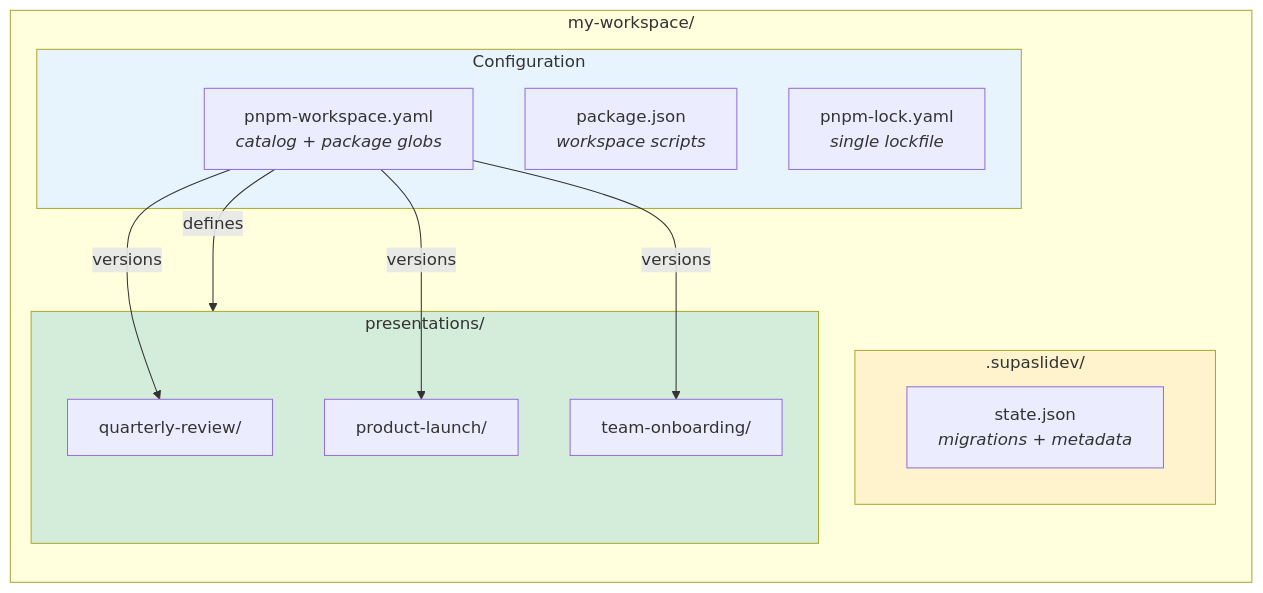
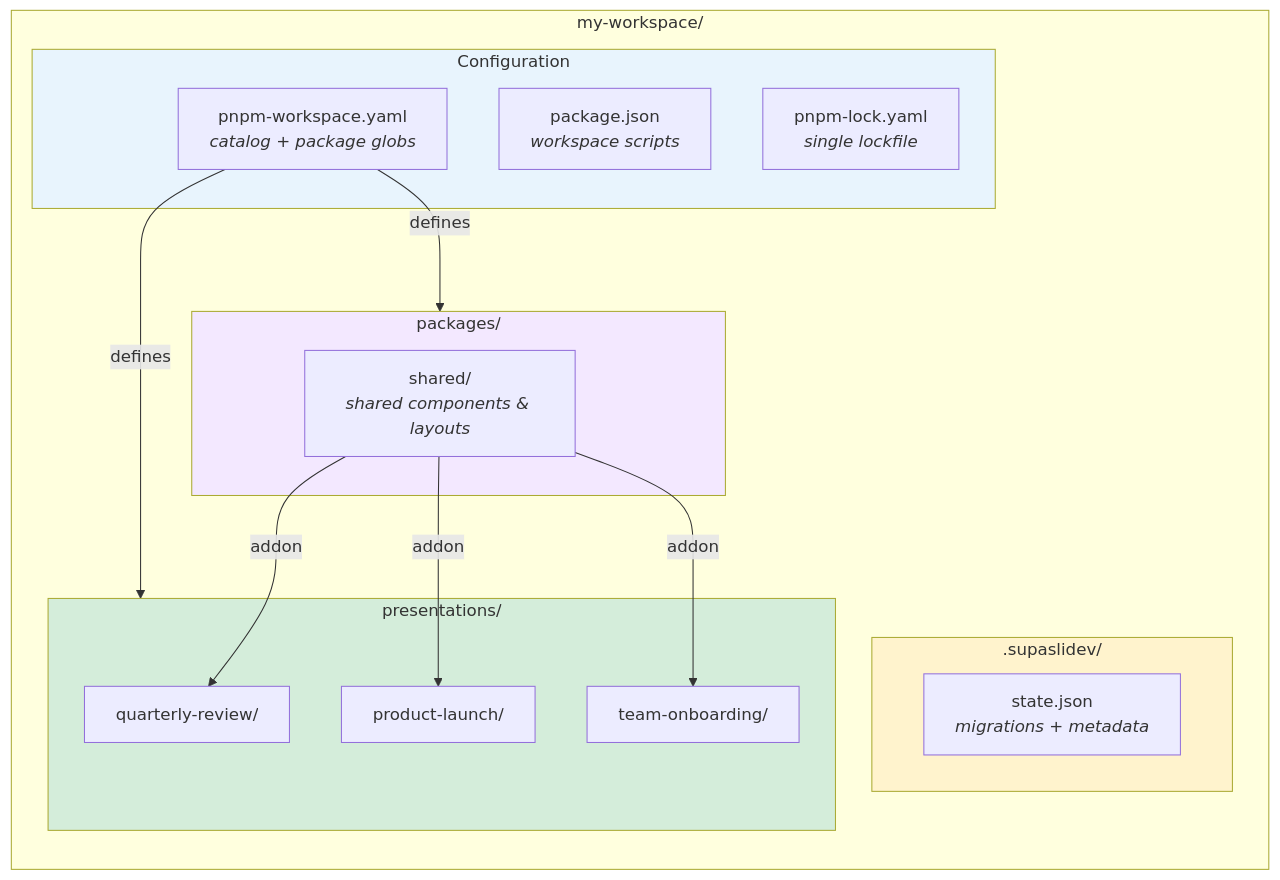
One commit to timdamen/SupaSliDev changed the diagram in docs/content/1.getting-started/4.project-structure.md. Above: the diagram before and after it, drawn with Mermaid. The commit also changed other lines of this file and 13 other files, not shown here.

````diff
--- a/docs/content/1.getting-started/4.project-structure.md
+++ b/docs/content/1.getting-started/4.project-structure.md
@@ -10,31 +10,37 @@
 ```mermaid
 graph TD
     subgraph Workspace["my-workspace/"]
         direction TB
 
         subgraph Config["Configuration"]
             PWY["pnpm-workspace.yaml<br/><i>catalog + package globs</i>"]
             RPKG["package.json<br/><i>workspace scripts</i>"]
             LOCK["pnpm-lock.yaml<br/><i>single lockfile</i>"]
         end
 
         subgraph State[".supaslidev/"]
             SJ["state.json<br/><i>migrations + metadata</i>"]
         end
 
+        subgraph Packages["packages/"]
+            Shared["shared/<br/><i>shared components & layouts</i>"]
+        end
+
         subgraph Presentations["presentations/"]
             P1["quarterly-review/"]
             P2["product-launch/"]
             P3["team-onboarding/"]
         end
     end
 
     PWY -->|defines| Presentations
-    PWY -->|versions| P1
-    PWY -->|versions| P2
-    PWY -->|versions| P3
+    PWY -->|defines| Packages
+    Shared -->|addon| P1
+    Shared -->|addon| P2
+    Shared -->|addon| P3
 
     style Config fill:#e8f4fd
     style State fill:#fff3cd
+    style Packages fill:#f3e8ff
     style Presentations fill:#d4edda
 ```
````
